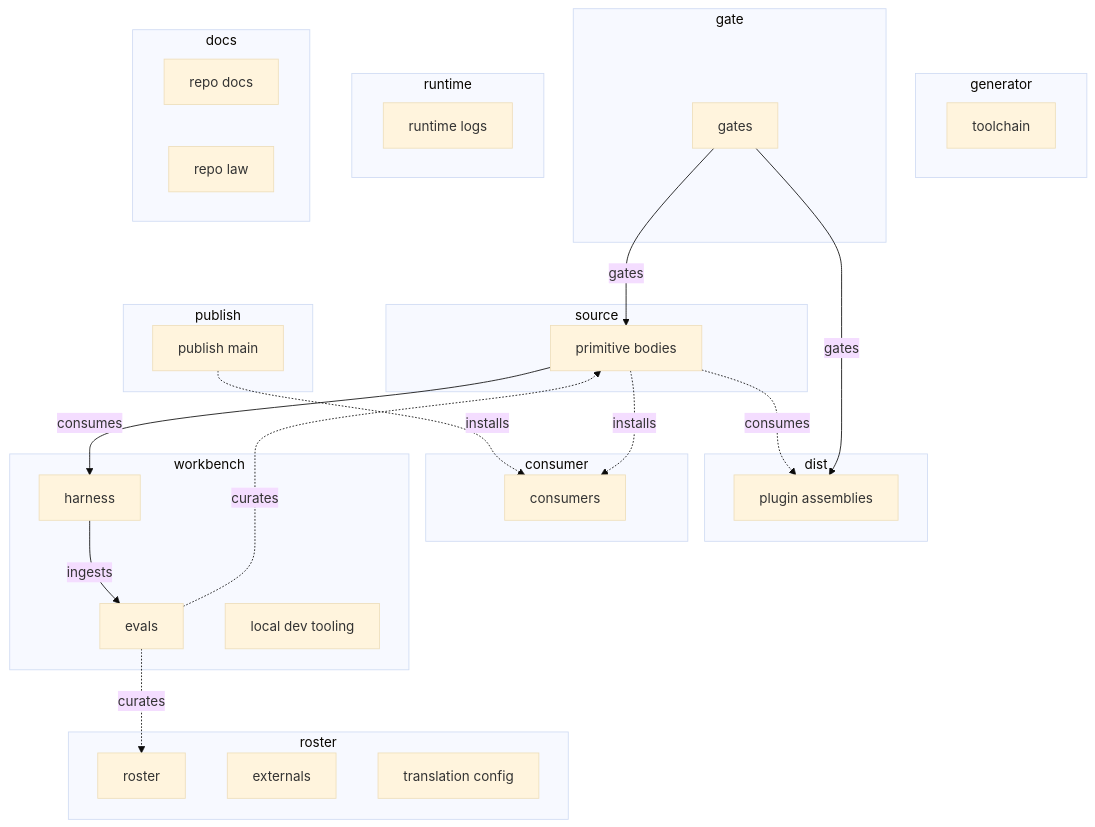
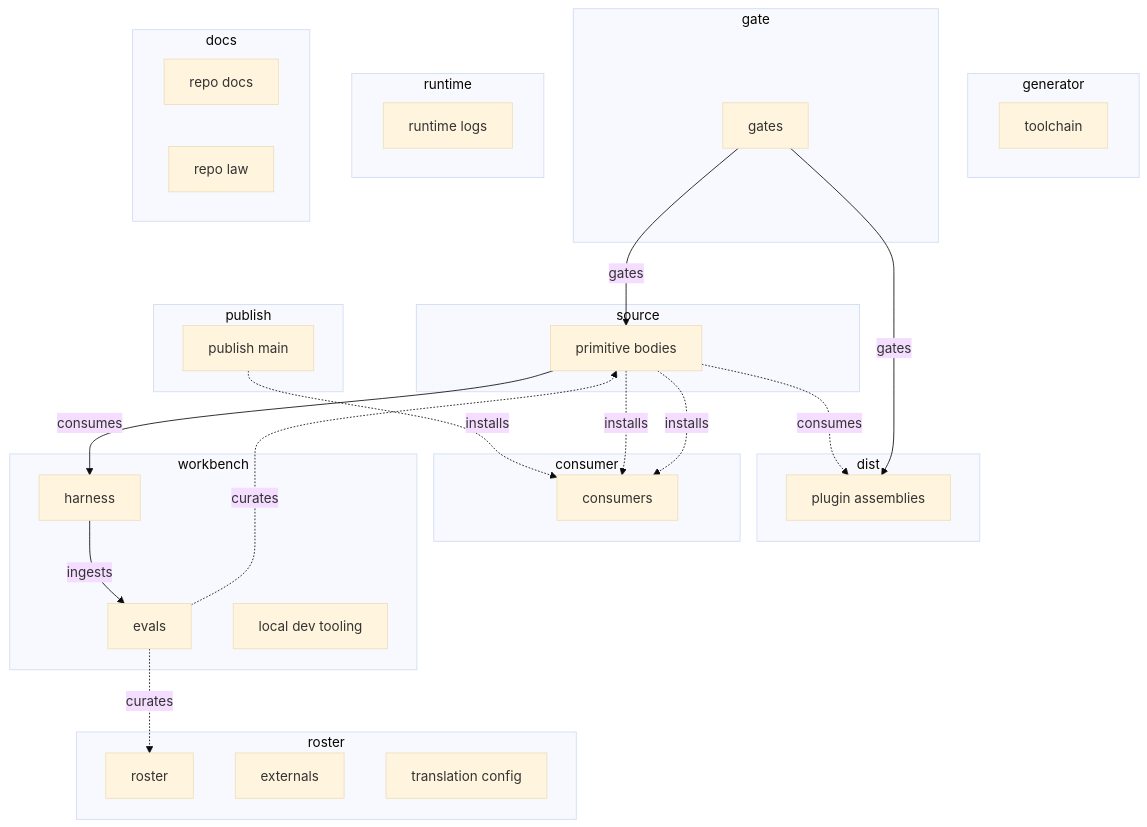
Before and after one commit to hsb3/dotfiles-agents: the diagram in docs/FLOW.md, drawn with Mermaid (base theme). The commit also changed 4 other files, not shown here.

First line of the commit message:
docs(flow): home the skill laydown installer and write its refresh story

````diff
--- a/docs/FLOW.md
+++ b/docs/FLOW.md
@@ -30,48 +30,49 @@
 ```mermaid
 flowchart TD
   subgraph L_roster[roster]
     N_roster[roster]
     N_externals[externals]
     N_translation_config[translation config]
   end
   subgraph L_source[source]
     N_primitive_bodies[primitive bodies]
   end
   subgraph L_generator[generator]
     N_toolchain[toolchain]
   end
   subgraph L_gate[gate]
     N_gates[gates]
   end
   subgraph L_dist[dist]
     N_plugin_assemblies[plugin assemblies]
   end
   subgraph L_publish[publish]
     N_publish_main[publish main]
   end
   subgraph L_consumer[consumer]
     N_consumers[consumers]
   end
   subgraph L_workbench[workbench]
     N_harness[harness]
     N_evals[evals]
     N_local_dev_tooling[local dev tooling]
   end
   subgraph L_runtime[runtime]
     N_runtime_logs[runtime logs]
   end
   subgraph L_docs[docs]
     N_repo_docs[repo docs]
     N_repo_law[repo law]
   end
   N_gates -->|gates| N_primitive_bodies
   N_primitive_bodies -.->|consumes| N_plugin_assemblies
   N_gates -->|gates| N_plugin_assemblies
   N_primitive_bodies -->|consumes| N_harness
   N_harness -->|ingests| N_evals
   N_publish_main -.->|installs| N_consumers
   N_primitive_bodies -.->|installs| N_consumers
+  N_primitive_bodies -.->|installs| N_consumers
   N_evals -.->|curates| N_roster
   N_evals -.->|curates| N_primitive_bodies
   classDef planned stroke-dasharray: 6 4
 ```
````
